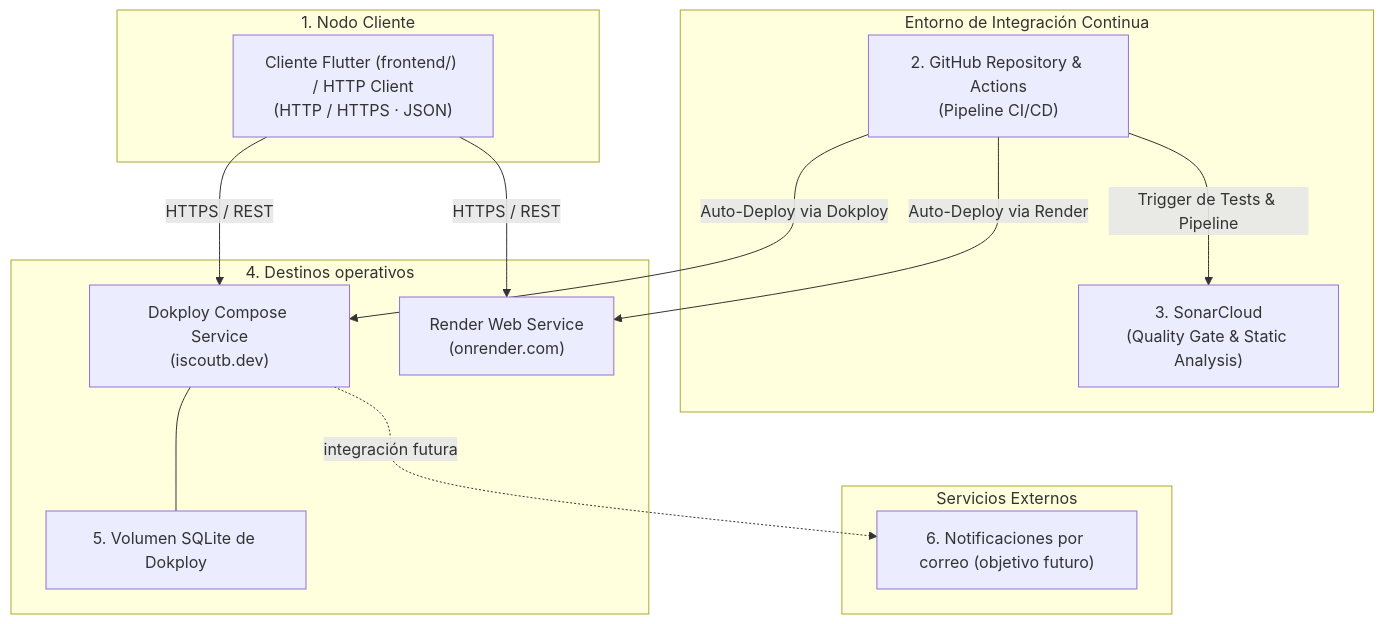
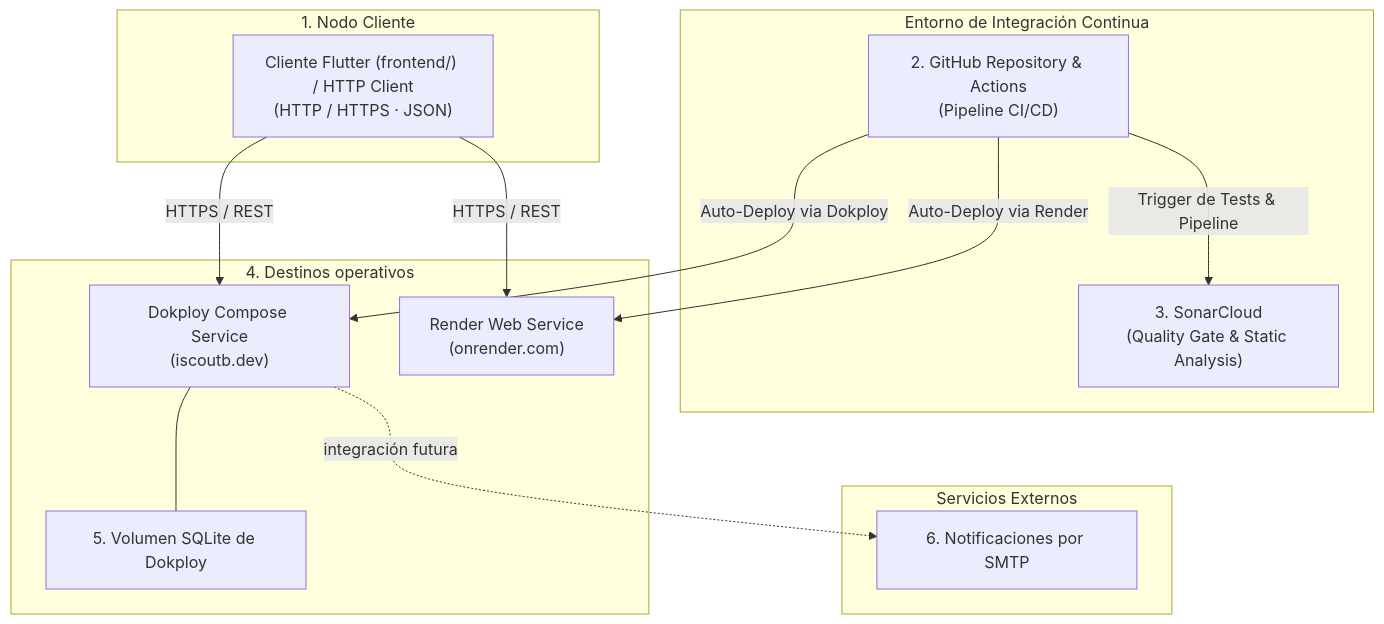
One commit to ISCOUTB/AS_202620_InvenTrack changed the fifth of 7 diagrams in docs/arc42/arc42-template-EN.md. Above: the diagram before and after it, drawn with Mermaid. The commit also changed other lines of this file and 31 other files, not shown here.

````diff
--- a/docs/arc42/arc42-template-EN.md
+++ b/docs/arc42/arc42-template-EN.md
@@ -401,29 +401,29 @@
 ```mermaid
 flowchart TD
     subgraph CLIENTE["1. Nodo Cliente"]
         USER["Cliente Flutter (frontend/) / HTTP Client<br/>(HTTP / HTTPS · JSON)"]
     end
 
     subgraph CI_CD["Entorno de Integración Continua"]
         GH["2. GitHub Repository & Actions<br/>(Pipeline CI/CD)"]
         SONAR["3. SonarCloud<br/>(Quality Gate & Static Analysis)"]
     end
 
     subgraph DEPLOY["4. Destinos operativos"]
       DOKPLOY["Dokploy Compose Service<br/>(iscoutb.dev)"]
       RENDER["Render Web Service<br/>(onrender.com)"]
       VOL["5. Volumen SQLite de Dokploy"]
     end
 
     subgraph EXTERNAL["Servicios Externos"]
-        NOTIF["6. Notificaciones por correo (objetivo futuro)"]
+        NOTIF["6. Notificaciones por SMTP"]
     end
 
     USER -->|"HTTPS / REST"| DOKPLOY
     USER -->|"HTTPS / REST"| RENDER
     GH -->|"Trigger de Tests & Pipeline"| SONAR
     GH -->|"Auto-Deploy via Dokploy"| DOKPLOY
     GH -->|"Auto-Deploy via Render"| RENDER
     DOKPLOY --- VOL
     DOKPLOY -. integración futura .-> NOTIF
 ```
````
